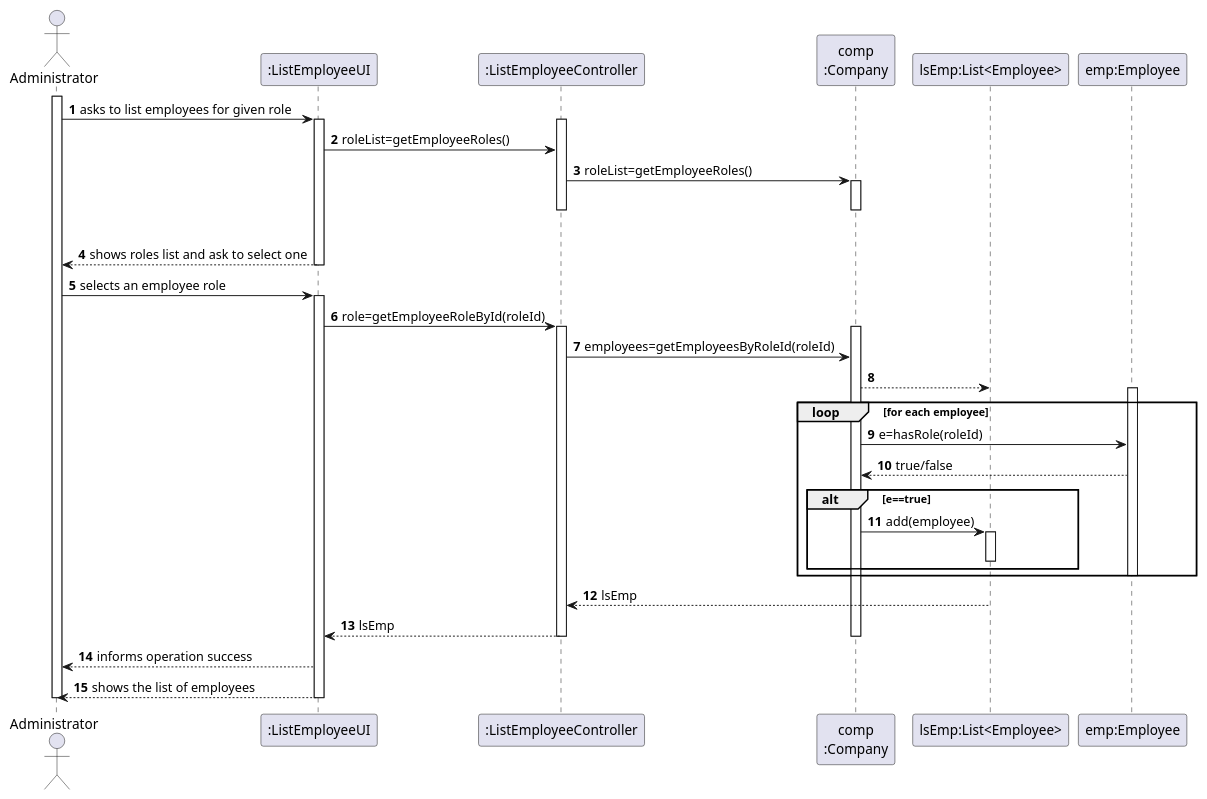
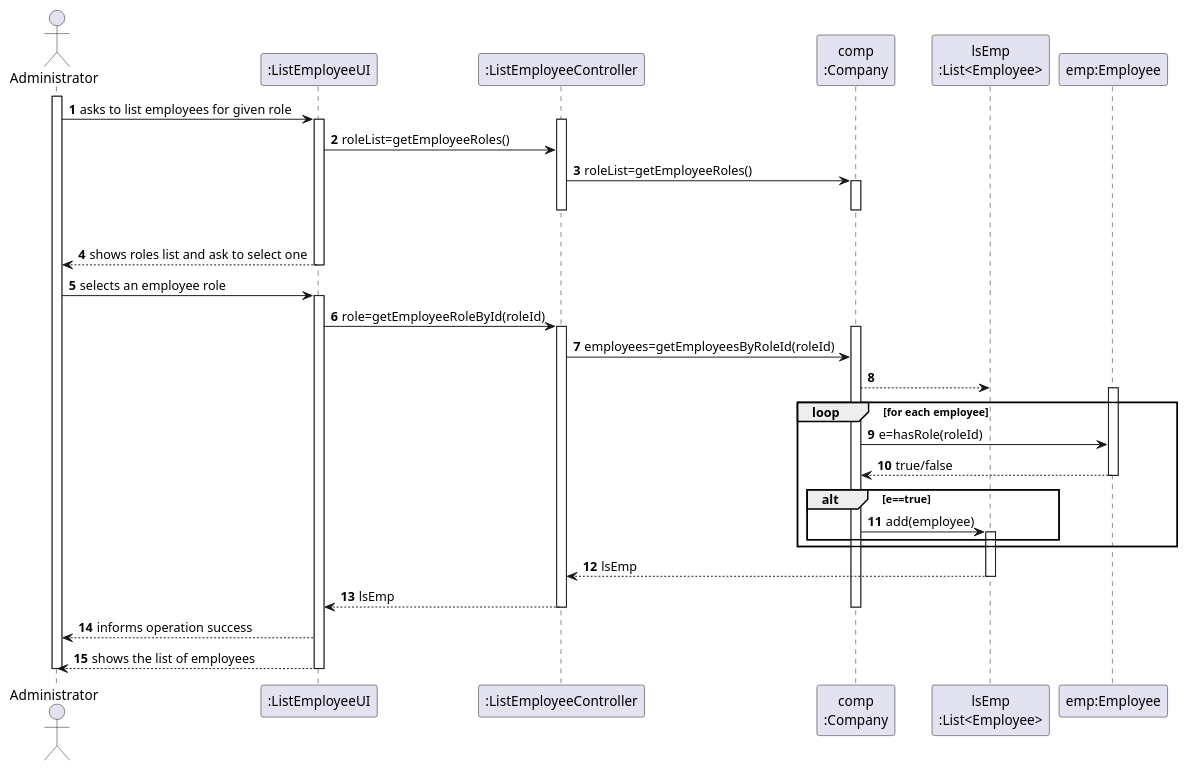
Before and after one commit to miseEnPlace-i/lapr2: the diagram in docs/SprintB/US11/SD/US11_SD.puml, drawn with PlantUML. The commit also changed 1 other file, not shown here.

```diff
--- a/docs/SprintB/US11/SD/US11_SD.puml
+++ b/docs/SprintB/US11/SD/US11_SD.puml
@@ -1,62 +1,62 @@
 @startuml
 autonumber
 'hide footbox
 actor "Administrator" as ADM
 
 participant ":ListEmployeeUI" as UI
 participant ":ListEmployeeController" as CTRL
 participant "comp\n:Company" as COMP
-participant "lsEmp:List<Employee>" as LST
+participant "lsEmp\n:List<Employee>" as LST
 participant "emp:Employee" as EMP
 
 activate ADM
 ADM -> UI : asks to list employees for given role
 activate UI
 activate CTRL
 UI -> CTRL : roleList=getEmployeeRoles()
 
 CTRL -> COMP : roleList=getEmployeeRoles()
 activate COMP
 |||
 deactivate COMP
 deactivate CTRL
 
 UI --> ADM : shows roles list and ask to select one
 deactivate UI
 
 ADM -> UI : selects an employee role
 activate UI
 
 UI -> CTRL : role=getEmployeeRoleById(roleId)
 activate CTRL
 
 activate COMP
 CTRL -> COMP: employees=getEmployeesByRoleId(roleId)
 COMP --> LST
 
 loop for each employee
   activate EMP
     COMP -> EMP: e=hasRole(roleId)
     EMP --> COMP: true/false
+  deactivate EMP
     alt e==true
         COMP -> LST: add(employee)
       activate LST
-      deactivate LST
     end
-  deactivate EMP
 end
 
 LST --> CTRL: lsEmp
+deactivate LST
 CTRL --> UI: lsEmp
 
 deactivate COMP
 deactivate CTRL
 UI --> ADM : informs operation success
 UI --> ADM: shows the list of employees
 deactivate UI
 
 deactivate UI
 deactivate CTRL
 deactivate ADM
 
 @enduml
```
